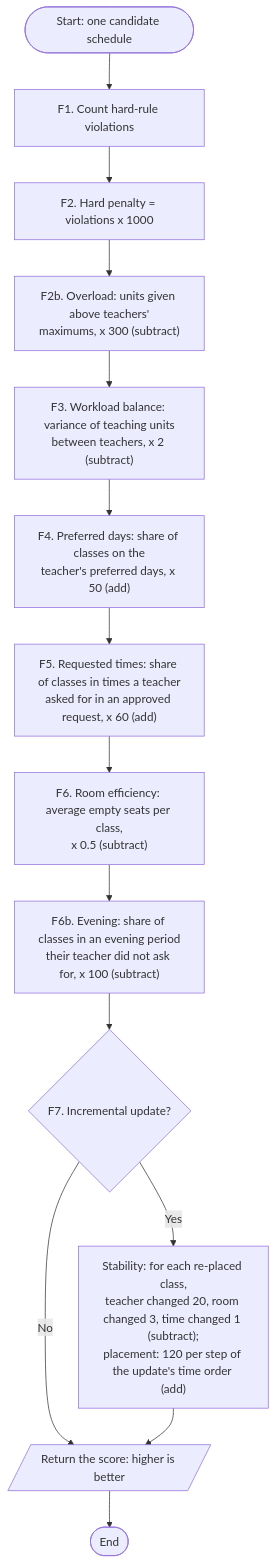
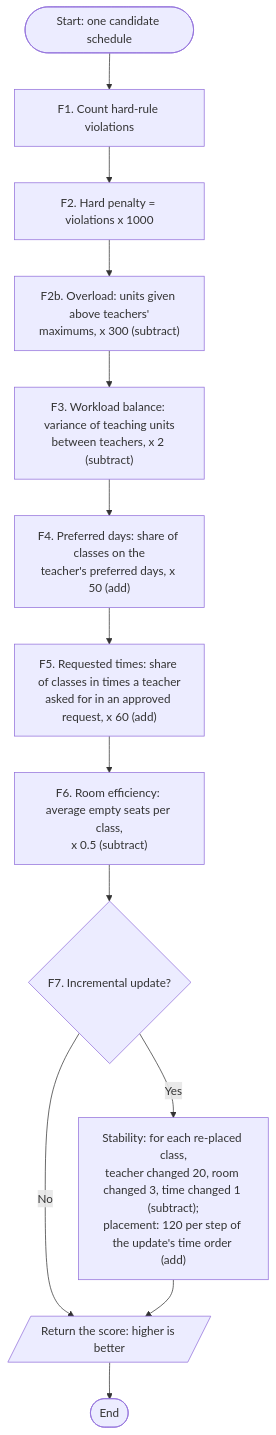
Before and after one commit to chocoboy231/SchedWiseAI: the second of 3 diagrams in docs/FLOWCHART.md, drawn with Mermaid. The commit also changed other lines of this file and 5 other files, not shown here.

First line of the commit message:
Spread classes over the whole day, evening included

````diff
--- a/docs/FLOWCHART.md
+++ b/docs/FLOWCHART.md
@@ -89,16 +89,15 @@
 ```mermaid
 flowchart TD
     A([Start: one candidate schedule]) --> B[F1. Count hard-rule violations]
     B --> C["F2. Hard penalty = violations x 1000"]
     C --> C2["F2b. Overload: units given above teachers'<br/>maximums, x 300 (subtract)"]
     C2 --> D["F3. Workload balance: variance of teaching units<br/>between teachers, x 2 (subtract)"]
     D --> E["F4. Preferred days: share of classes on the<br/>teacher's preferred days, x 50 (add)"]
     E --> F["F5. Requested times: share of classes in times a teacher<br/>asked for in an approved request, x 60 (add)"]
     F --> G["F6. Room efficiency: average empty seats per class,<br/>x 0.5 (subtract)"]
-    G --> G2["F6b. Evening: share of classes in an evening period<br/>their teacher did not ask for, x 100 (subtract)"]
-    G2 --> J{F7. Incremental update?}
+    G --> J{F7. Incremental update?}
     J -- Yes --> K["Stability: for each re-placed class,<br/>teacher changed 20, room changed 3, time changed 1 (subtract);<br/>placement: 120 per step of the update's time order (add)"]
     J -- No --> L
     K --> L[/Return the score: higher is better/]
     L --> M([End])
 ```
````
